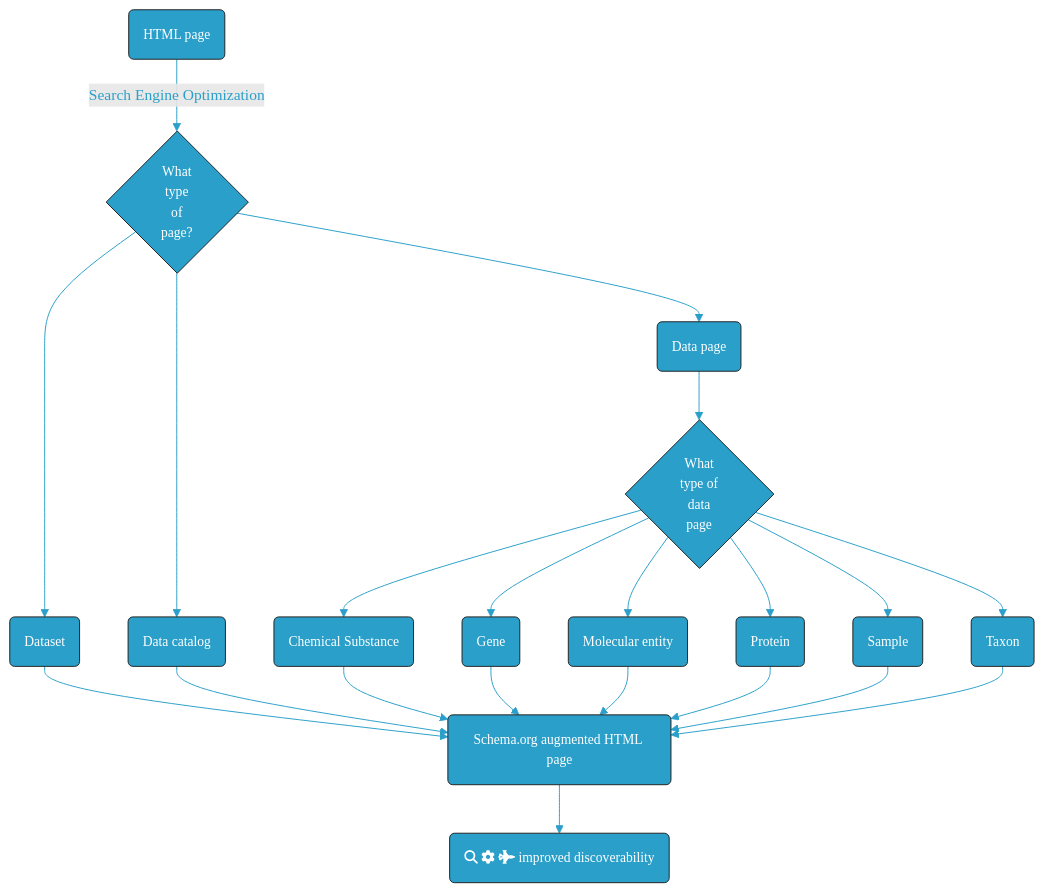
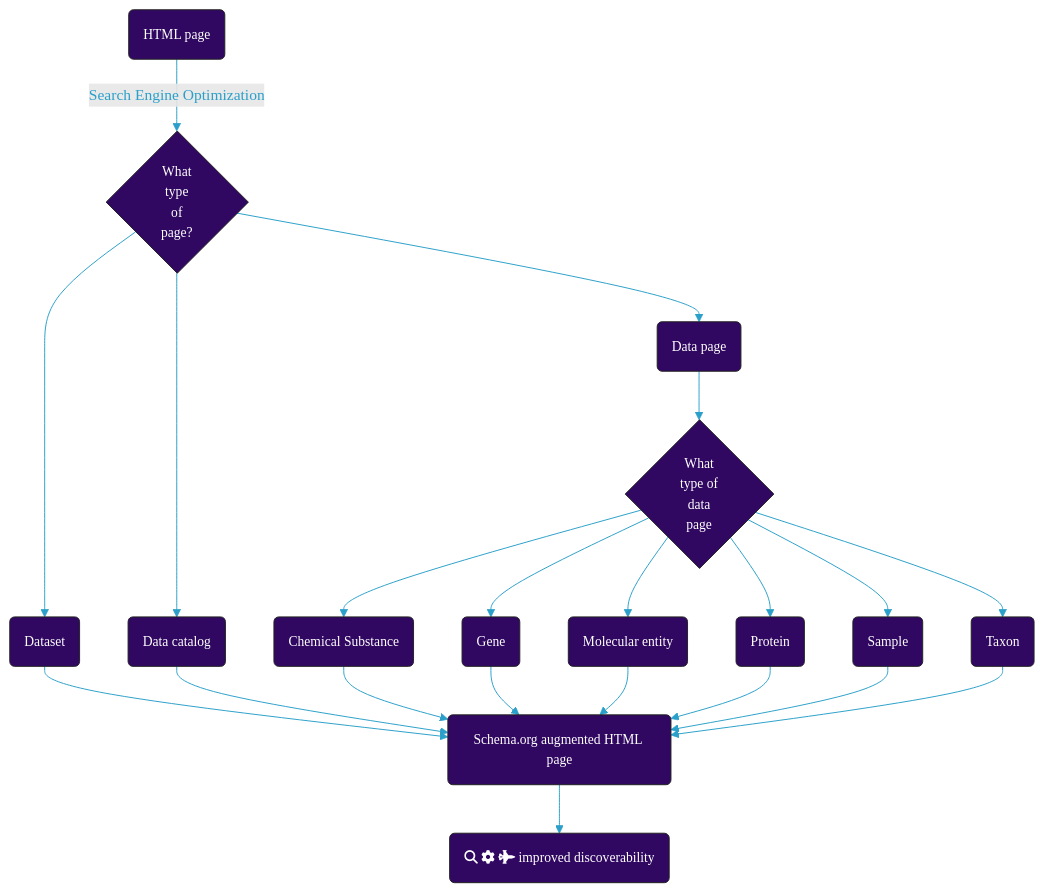
One commit to egonw/cookbook-dev changed the diagram in content/recipes/findability/seo.md. Above: the diagram before and after it, drawn with Mermaid. The commit also changed other lines of this file and 72 other files, not shown here.

```diff
--- a/content/recipes/findability/seo.md
+++ b/content/recipes/findability/seo.md
@@ -57,25 +112,25 @@
 <div class="mermaid">
 graph TD
   A(HTML page):::box -->| Search Engine Optimization| B{What <br>type <br> of<br> page?}:::box
   B --> C(Dataset):::box
   B --> D(Data catalog):::box
   B --> E(Data page):::box
   E --> F{What <br> type of <br> data <br> page}:::box
   F --> G(Chemical Substance):::box
   F --> H(Gene):::box
   F --> I(Molecular entity):::box
   F --> J(Protein):::box
   F --> K(Sample):::box
   F --> L(Taxon):::box
   C --> M
   D --> M
   G --> M
   H --> M
   I --> M
   J --> M
   K --> M
   L --> M(Schema.org augmented HTML page):::box
   M --> N(fa:fa-search fa:fa-cog fa:fa-fighter-jet improved discoverability):::box
-classDef box font-family:avenir,font-size:14px,fill:#2a9fc9,stroke:#222,color:#fff,stroke-width:1px
+classDef box font-family:avenir,font-size:14px,fill:#300861,stroke:#222,color:#fff,stroke-width:1px
 linkStyle 0,1,2,3,4,5,6,7,8,9,10,11,12,13,14,15,16,17,18,19 stroke:#2a9fc9,stroke-width:1px,color:#2a9fc9,font-family:avenir;
 </div>
```
